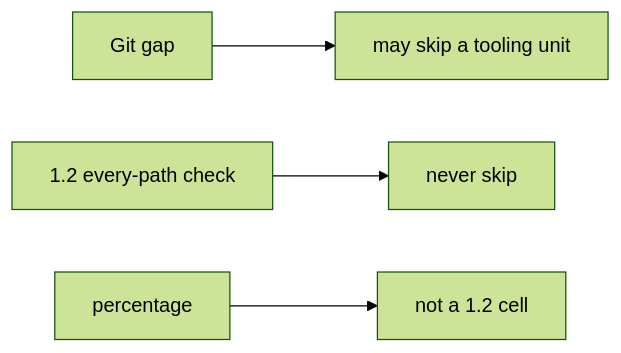
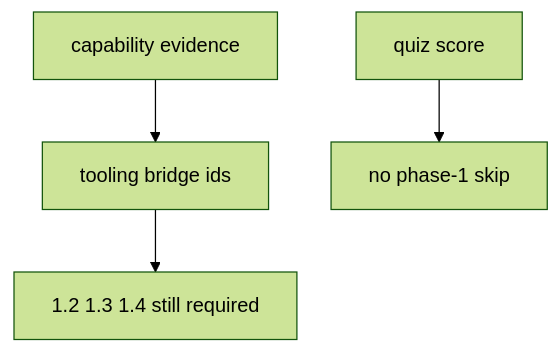
The diagram in content/modules/0/0.2/lessons/01-property.md (ishitvagoel/LearnSecurity), drawn with Mermaid (forest theme) before and after one commit. The commit also changed other lines of this file and 12 other files, not shown here.

Commit message:
Turn diagnostic bridge into capability map

````diff
--- a/content/modules/0/0.2/lessons/01-property.md
+++ b/content/modules/0/0.2/lessons/01-property.md
@@ -28,6 +12,6 @@
 ```mermaid
-flowchart LR
-  Git[Git gap] --> Bridge[may skip a tooling unit]
-  Med["1.2 every-path check"] --> Required[never skip]
-  Quiz[percentage] --> NotCell["not a 1.2 cell"]
+flowchart TD
+  Evidence[capability evidence] --> Bridges[tooling bridge ids]
+  Score[quiz score] --> Deny[no phase-1 skip]
+  Bridges --> Required[1.2 1.3 1.4 still required]
 ```
````
